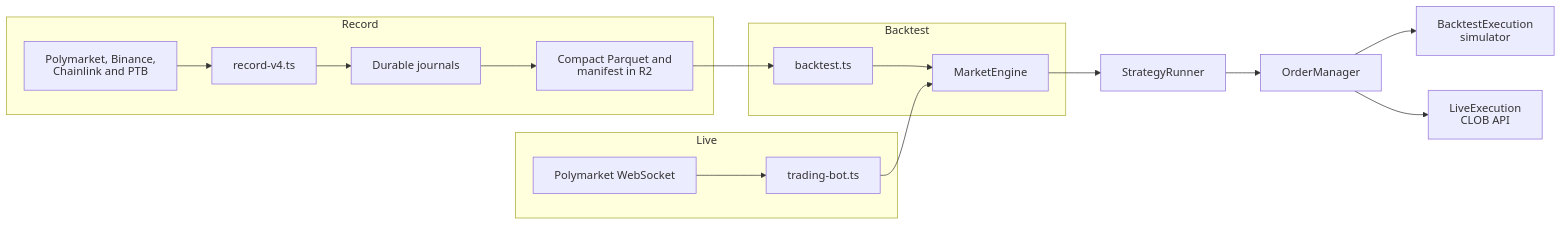
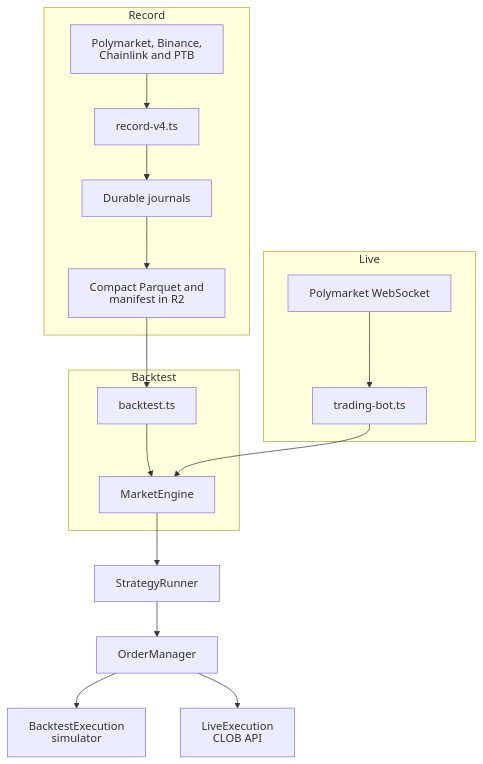
Before and after one commit to ivanmijatovic89/polymarket-bot: the first of 2 diagrams in docs/how-it-works.md, drawn with Mermaid.

Commit message:
Keep the recorder overview diagram readable

````diff
--- a/docs/how-it-works.md
+++ b/docs/how-it-works.md
@@ -18,24 +18,24 @@
 ```mermaid
 %%{init: {"htmlLabels": false}}%%
-graph LR
+graph TD
     subgraph Record
         WS[Polymarket, Binance, Chainlink and PTB] --> REC[record-v4.ts]
         REC --> WAL[Durable journals]
         WAL --> PQ[Compact Parquet and manifest in R2]
     end
 
     subgraph Backtest
         PQ --> BR[backtest.ts]
         BR --> ENG[MarketEngine]
     end
 
     subgraph Live
         WS2[Polymarket WebSocket] --> LT[trading-bot.ts]
         LT --> ENG
     end
 
     ENG --> SR[StrategyRunner]
     SR --> OM[OrderManager]
     OM --> BE[BacktestExecution\nsimulator]
     OM --> LE[LiveExecution\nCLOB API]
 ```
````
